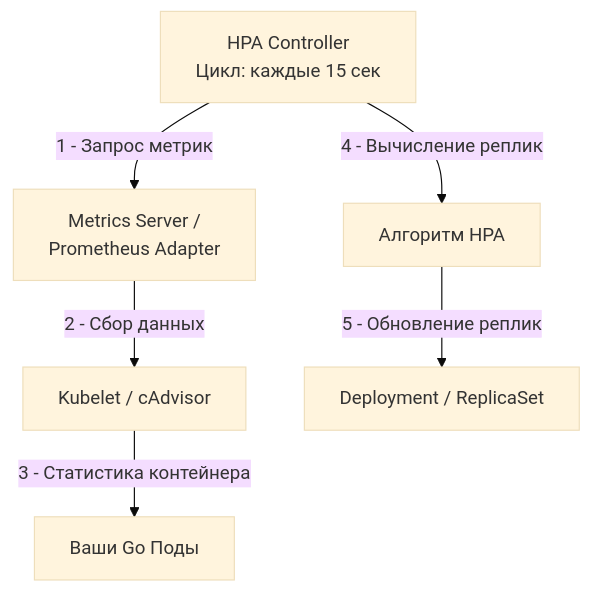
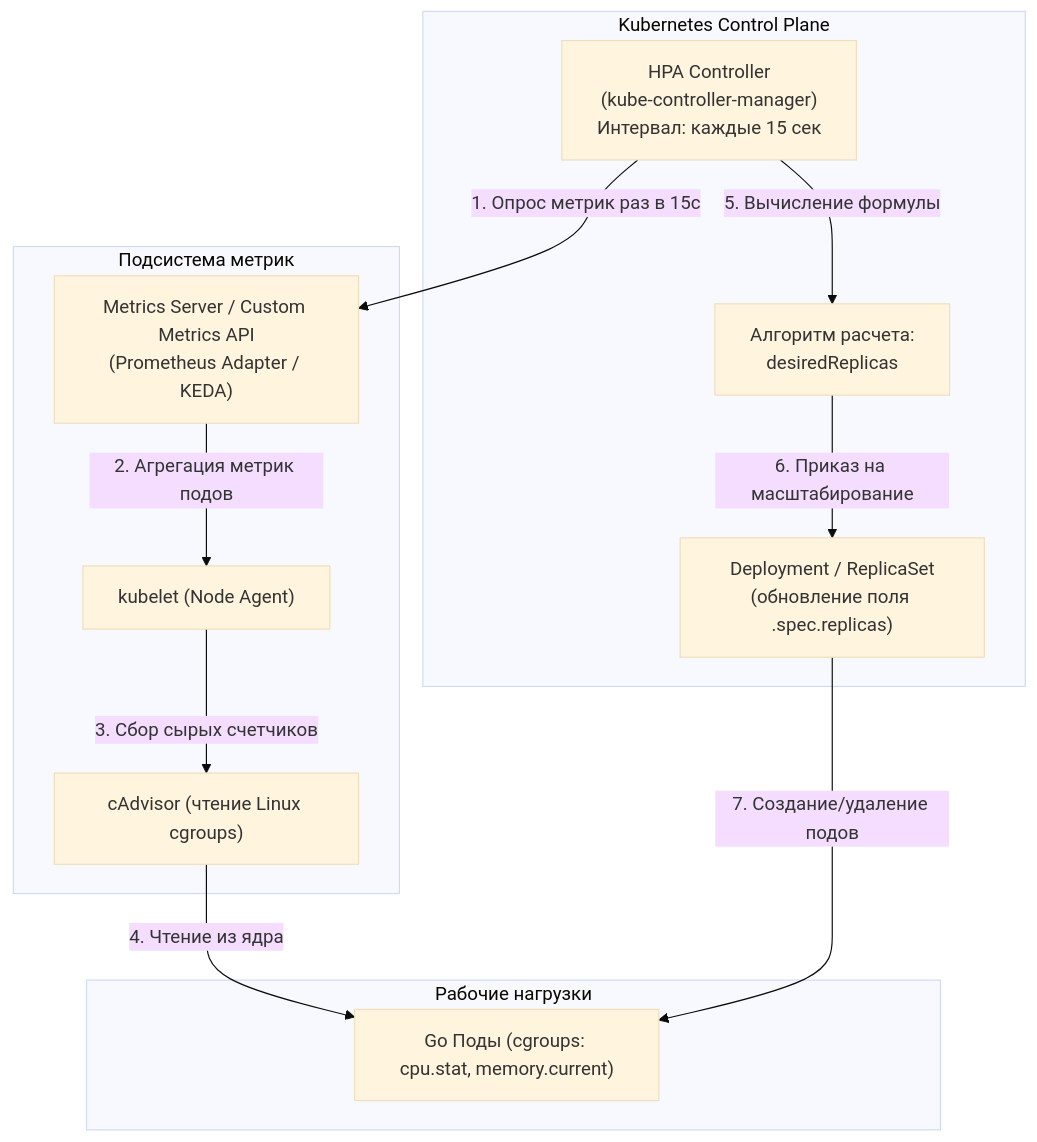
The second of 5 diagrams in sources/14. Распределенные системы на Go/07. Kubernetes и деплой/5. Horizontal scaling.md (UnrealTemplier/go-textbook), drawn with Mermaid (base theme) before and after one commit. The commit also changed other lines of this file, not shown here.

````diff
--- a/sources/14. Распределенные системы на Go/07. Kubernetes и деплой/5. Horizontal scaling.md
+++ b/sources/14. Распределенные системы на Go/07. Kubernetes и деплой/5. Horizontal scaling.md
@@ -15,8 +36,26 @@
 ```mermaid
 flowchart TD
-    HPA["HPA Controller<br>Цикл: каждые 15 сек"] -->|"1 - Запрос метрик"| MS["Metrics Server / <br>Prometheus Adapter"]
-    MS -->|"2 - Сбор данных"| K["Kubelet / cAdvisor"]
-    K -->|"3 - Статистика контейнера"| Pods["Ваши Go Поды"]
-    HPA -->|"4 - Вычисление реплик"| Formula["Алгоритм HPA"]
-    Formula -->|"5 - Обновление реплик"| Deployment["Deployment / ReplicaSet"]
+    subgraph K8s_ControlPlane["Kubernetes Control Plane"]
+        HPA["HPA Controller\n(kube-controller-manager)\nИнтервал: каждые 15 сек"]
+        Formula["Алгоритм расчета:\ndesiredReplicas"]
+        Deploy["Deployment / ReplicaSet\n(обновление поля .spec.replicas)"]
+    end
+
+    subgraph MetricsSubsystem["Подсистема метрик"]
+        MS["Metrics Server / Custom Metrics API\n(Prometheus Adapter / KEDA)"]
+        Kubelet["kubelet (Node Agent)"]
+        cAdvisor["cAdvisor (чтение Linux cgroups)"]
+    end
+
+    subgraph Workloads["Рабочие нагрузки"]
+        GoPods["Go Поды (cgroups: cpu.stat, memory.current)"]
+    end
+
+    HPA -->|"1. Опрос метрик раз в 15с"| MS
+    MS -->|"2. Агрегация метрик подов"| Kubelet
+    Kubelet -->|"3. Сбор сырых счетчиков"| cAdvisor
+    cAdvisor -->|"4. Чтение из ядра"| GoPods
+    HPA -->|"5. Вычисление формулы"| Formula
+    Formula -->|"6. Приказ на масштабирование"| Deploy
+    Deploy -->|"7. Создание/удаление подов"| GoPods
 ```
````
